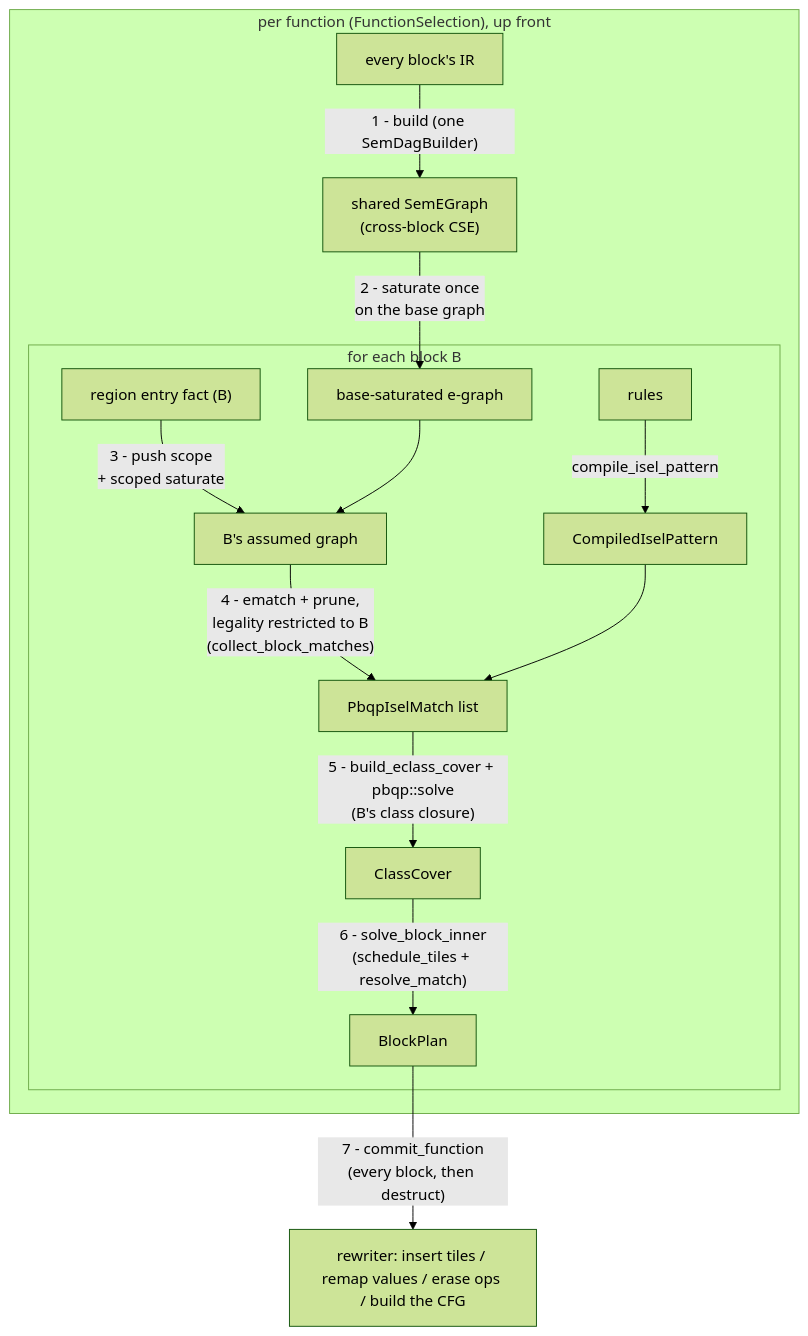
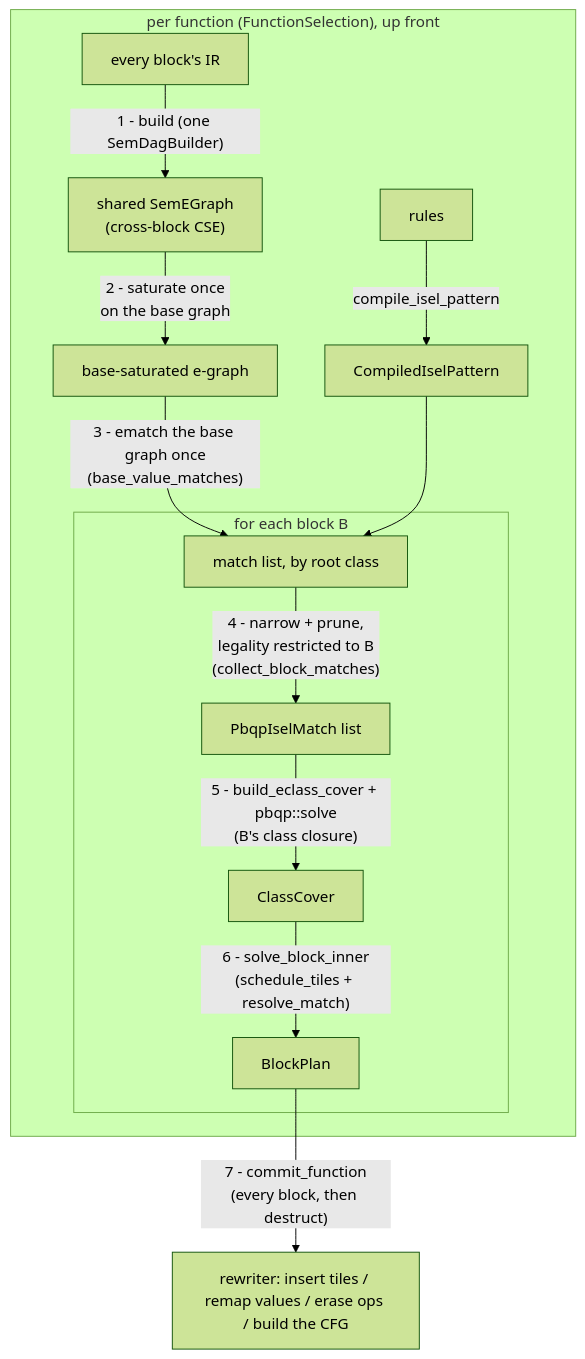
Before and after one commit to alexbatashev/tir: the diagram in docs/design/instruction_selection.md, drawn with Mermaid (forest theme). The commit also changed other lines of this file and 12 other files, not shown here.

First line of the commit message:
refactor(isel): selection is scope-free

````diff
--- a/docs/design/instruction_selection.md
+++ b/docs/design/instruction_selection.md
@@ -37,17 +38,16 @@
 ```mermaid
 flowchart TB
     subgraph per_function["per function (FunctionSelection), up front"]
         ir["every block's IR"] -->|"1 - build (one SemDagBuilder)"| eg["shared SemEGraph\n(cross-block CSE)"]
         eg -->|"2 - saturate once\non the base graph"| sat["base-saturated e-graph"]
+        rules["rules"] -->|compile_isel_pattern| pats["CompiledIselPattern"]
+        sat -->|"3 - ematch the base graph once\n(base_value_matches)"| found["match list, by root class"]
+        pats --> found
         subgraph per_block["for each block B"]
-            facts["region entry fact (B)"] -->|"3 - push scope\n+ scoped saturate"| scoped["B's assumed graph"]
-            sat --> scoped
-            rules["rules"] -->|compile_isel_pattern| pats["CompiledIselPattern"]
-            scoped -->|"4 - ematch + prune,\nlegality restricted to B\n(collect_block_matches)"| matches["PbqpIselMatch list"]
-            pats --> matches
+            found -->|"4 - narrow + prune,\nlegality restricted to B\n(collect_block_matches)"| matches["PbqpIselMatch list"]
             matches -->|"5 - build_eclass_cover + pbqp::solve\n(B's class closure)"| cover["ClassCover"]
             cover -->|"6 - solve_block_inner\n(schedule_tiles + resolve_match)"| plan["BlockPlan"]
         end
     end
     plan -->|"7 - commit_function\n(every block, then destruct)"| out["rewriter: insert tiles / remap values / erase ops / build the CFG"]
 ```
````
